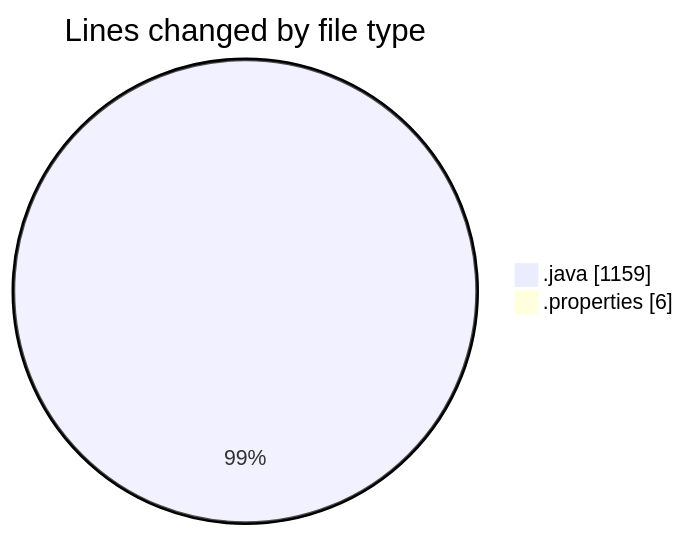
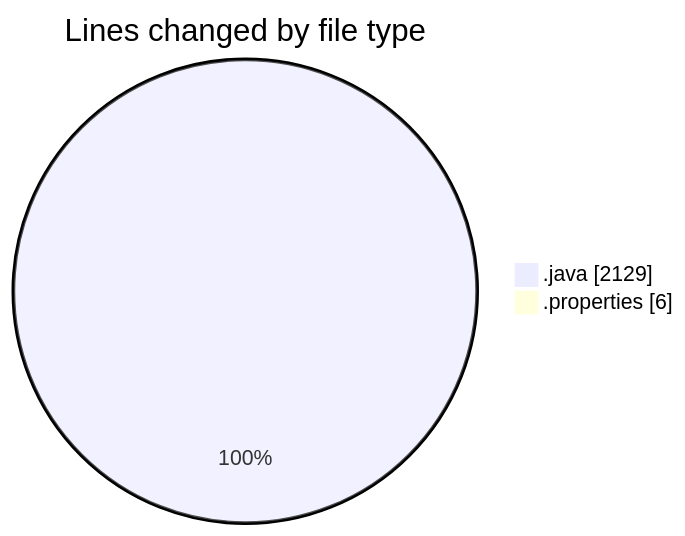
The first of 2 diagrams in 2025-03-18/jmasm/README.md (charlie-sans/code-tracking), drawn with Mermaid before and after one commit. The commit also changed other lines of this file and 1 other file, not shown here.

````diff
--- a/2025-03-18/jmasm/README.md
+++ b/2025-03-18/jmasm/README.md
@@ -24,6 +25,6 @@
 ```mermaid
 pie showData
 title Lines changed by file type
-".java" : 1159
+".java" : 2129
 ".properties" : 6
 ```
````
